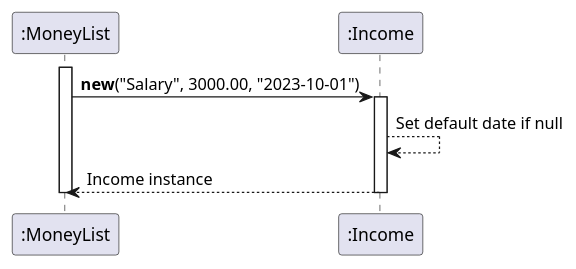
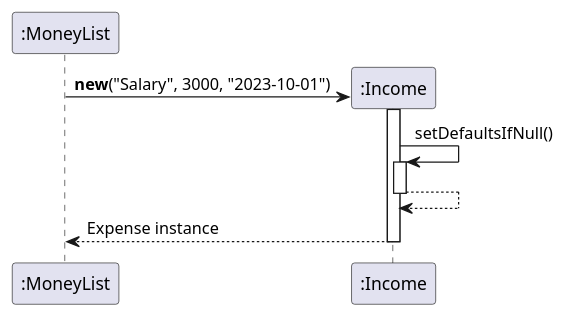
One commit to EdwinTun98/tp changed the diagram in docs/diagrams/Income_Seq.puml. Above: the diagram before and after it, drawn with PlantUML. The commit also changed 3 other files, not shown here.

Commit message:
Used constructor arrows in Income and Expense diagram

```diff
--- a/docs/diagrams/Income_Seq.puml
+++ b/docs/diagrams/Income_Seq.puml
@@ -1,12 +1,15 @@
-@startuml Income_Creation
+@startuml Expense_Creation
 participant MoneyList as ":MoneyList"
-participant Income as ":Income"
+create Income as ":Income"
 
-activate MoneyList
-MoneyList -> Income : **new**("Salary", 3000.00, "2023-10-01")
+MoneyList -> Income : **new**("Salary", 3000, "2023-10-01")
 activate Income
-Income --> Income : Set default date if null
-Income --> MoneyList : Income instance
+
+Income -> Income : setDefaultsIfNull()
+activate Income
+Income --> Income:
 deactivate Income
-deactivate MoneyList
+
+Income --> MoneyList : Expense instance
+deactivate Income
 @enduml
```
